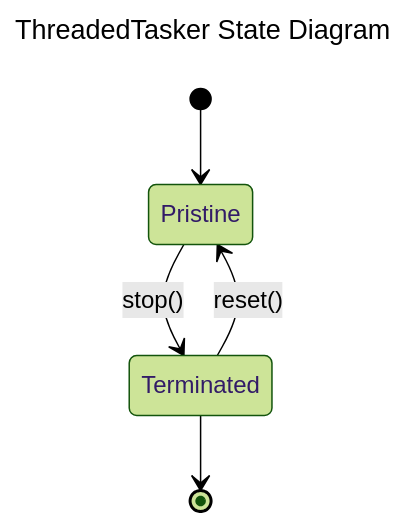
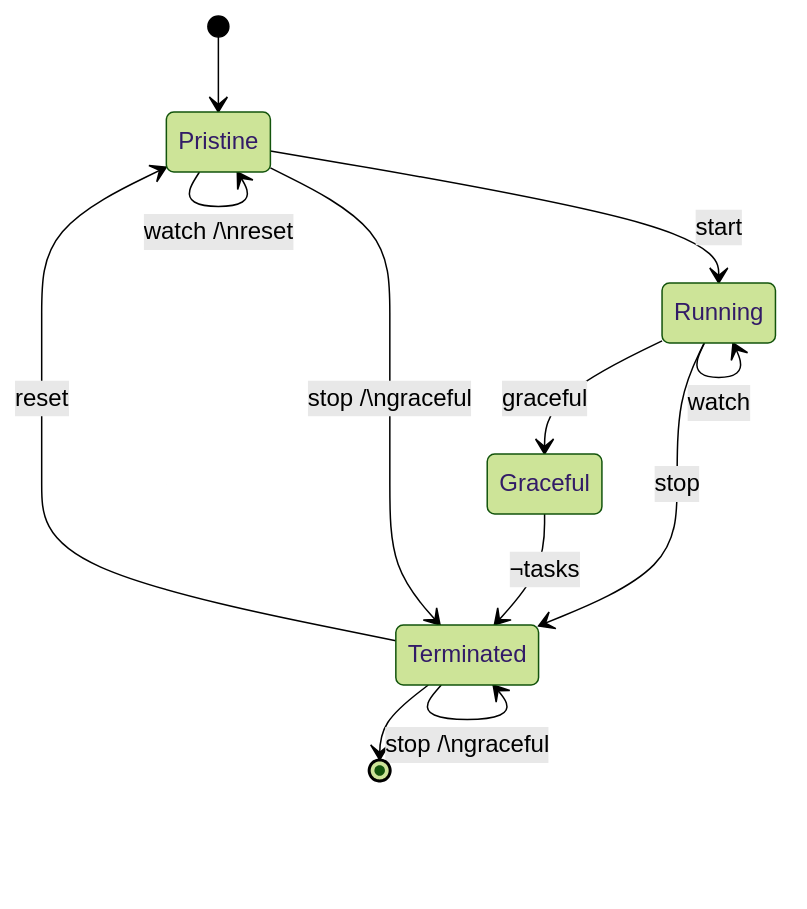
Before and after one commit to Fs2a/fs2a: the diagram in README.md, drawn with Mermaid (forest theme).

Commit message:
docs(ThreadedTasker): State diagram v1

````diff
--- a/README.md
+++ b/README.md
@@ -12,10 +12,14 @@
 ```mermaid
----
-title: ThreadedTasker State Diagram
----
 stateDiagram-v2
 [*] --> Pristine
-Pristine --> Terminated: stop()
-Terminated --> Pristine: reset()
+Pristine --> Pristine: watch /\nreset
+Pristine --> Running: start
+Running --> Running: watch
+Running --> Graceful: graceful
+Running --> Terminated: stop
+Graceful --> Terminated: ¬tasks
+Pristine --> Terminated: stop /\ngraceful
+Terminated --> Pristine: reset
+Terminated --> Terminated: stop /\ngraceful
 Terminated --> [*]
 ```
````
